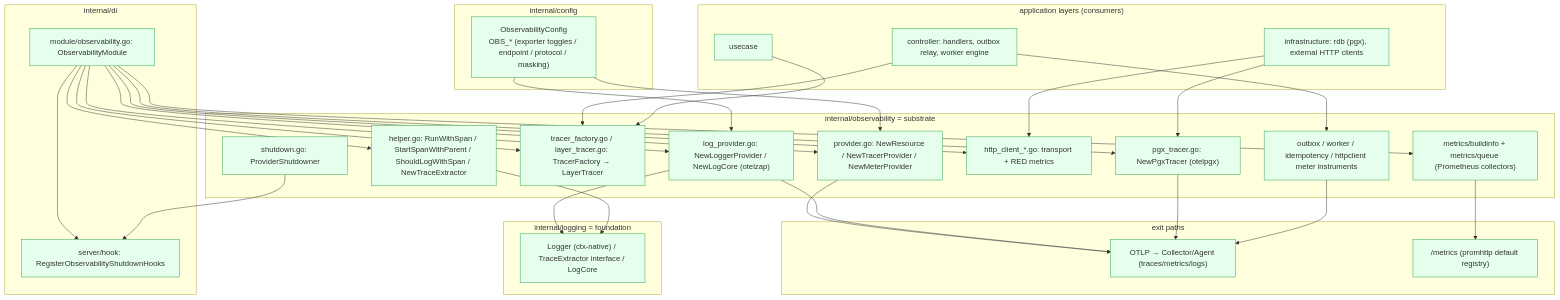
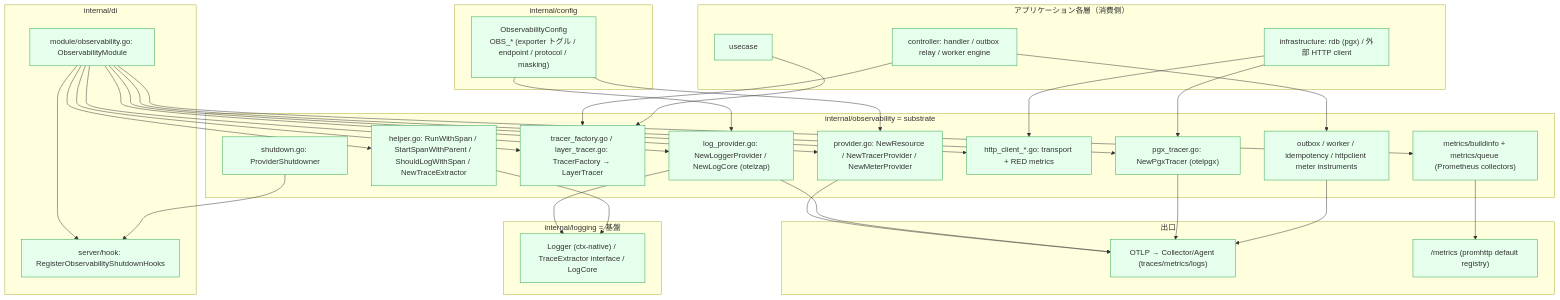
One commit to Tomy-ch/go-boilerplate changed the third of 4 diagrams in docs/design/observability.md. Above: the diagram before and after it, drawn with Mermaid. The commit also changed other lines of this file and 970 other files, not shown here.

````diff
--- a/docs/design/observability.md
+++ b/docs/design/observability.md
@@ -87,60 +87,60 @@
 ```mermaid
 flowchart TD
     subgraph cfgL["internal/config"]
-        OBSCFG["ObservabilityConfig<br/>OBS_* (exporter toggles / endpoint / protocol / masking)"]
+        OBSCFG["ObservabilityConfig<br/>OBS_* (exporter トグル / endpoint / protocol / masking)"]
     end
     subgraph obsL["internal/observability = substrate"]
         PROV["provider.go: NewResource / NewTracerProvider / NewMeterProvider"]
         LOGP["log_provider.go: NewLoggerProvider / NewLogCore (otelzap)"]
         TF["tracer_factory.go / layer_tracer.go: TracerFactory → LayerTracer"]
         HELP["helper.go: RunWithSpan / StartSpanWithParent / ShouldLogWithSpan / NewTraceExtractor"]
         PGX["pgx_tracer.go: NewPgxTracer (otelpgx)"]
         HC["http_client_*.go: transport + RED metrics"]
         MET["outbox / worker / idempotency / httpclient meter instruments"]
         PROM["metrics/buildinfo + metrics/queue (Prometheus collectors)"]
         SD["shutdown.go: ProviderShutdowner"]
     end
     subgraph diL["internal/di"]
         DIM["module/observability.go: ObservabilityModule"]
         HOOK["server/hook: RegisterObservabilityShutdownHooks"]
     end
-    subgraph appL["application layers (consumers)"]
-        CTRL["controller: handlers, outbox relay, worker engine"]
+    subgraph appL["アプリケーション各層（消費側）"]
+        CTRL["controller: handler / outbox relay / worker engine"]
         UC["usecase"]
-        INFRA["infrastructure: rdb (pgx), external HTTP clients"]
+        INFRA["infrastructure: rdb (pgx) / 外部 HTTP client"]
     end
-    subgraph logL["internal/logging = foundation"]
+    subgraph logL["internal/logging = 基盤"]
         LOGGING["Logger (ctx-native) / TraceExtractor interface / LogCore"]
     end
-    subgraph exitL["exit paths"]
+    subgraph exitL["出口"]
         OTLP["OTLP → Collector/Agent (traces/metrics/logs)"]
         SCRAPE["/metrics (promhttp default registry)"]
     end
 
     OBSCFG --> PROV
     OBSCFG --> LOGP
     DIM --> PROV
     DIM --> LOGP
     DIM --> TF
     DIM --> PGX
     DIM --> HC
     DIM --> PROM
     DIM --> HOOK
     DIM --> HELP
     SD --> HOOK
     LOGP --> LOGGING
     HELP --> LOGGING
     CTRL --> TF
     UC --> TF
     INFRA --> PGX
     INFRA --> HC
     CTRL --> MET
     PROV --> OTLP
     LOGP --> OTLP
     PGX --> OTLP
     MET --> OTLP
     PROM --> SCRAPE
 
     classDef done fill:#e6ffed,stroke:#2da44e;
     class OBSCFG,PROV,LOGP,TF,HELP,PGX,HC,MET,PROM,SD,DIM,HOOK,CTRL,UC,INFRA,LOGGING,OTLP,SCRAPE done;
 ```
````
